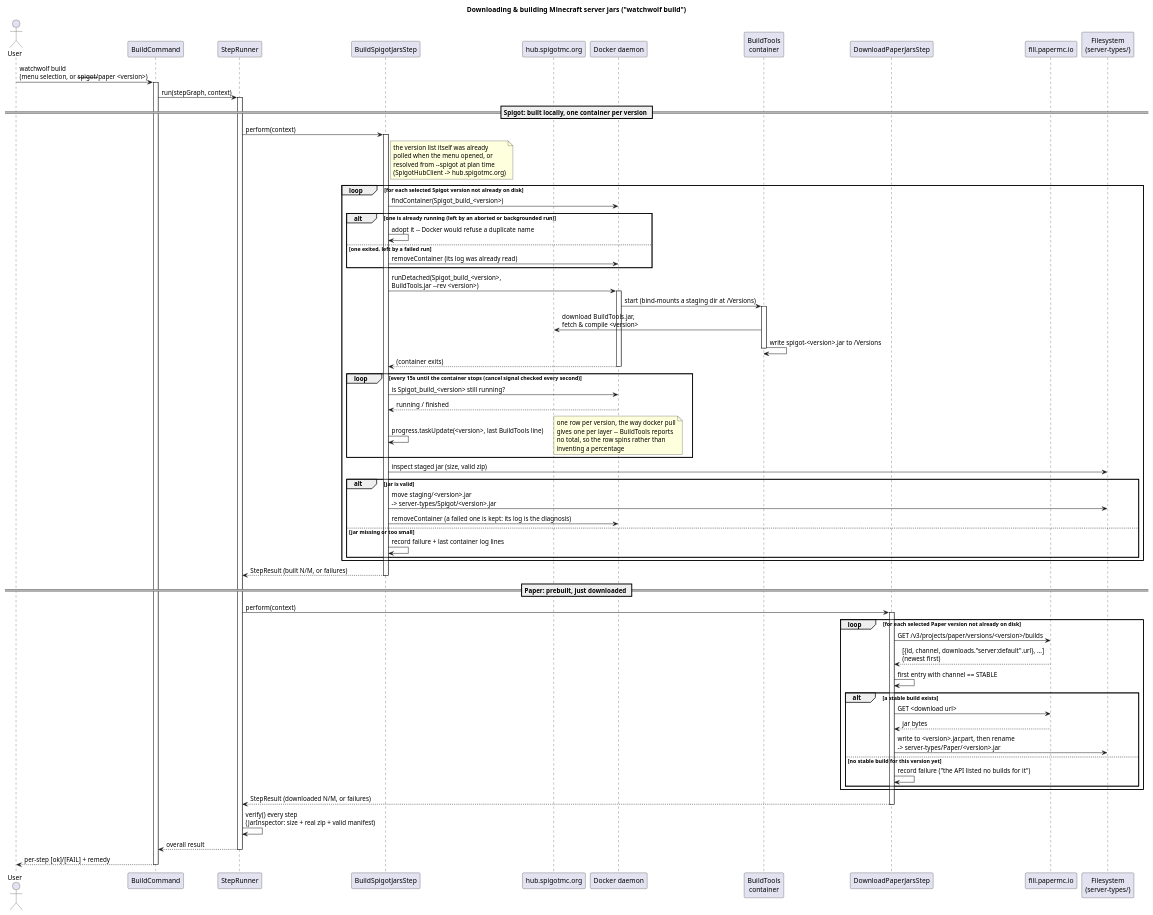
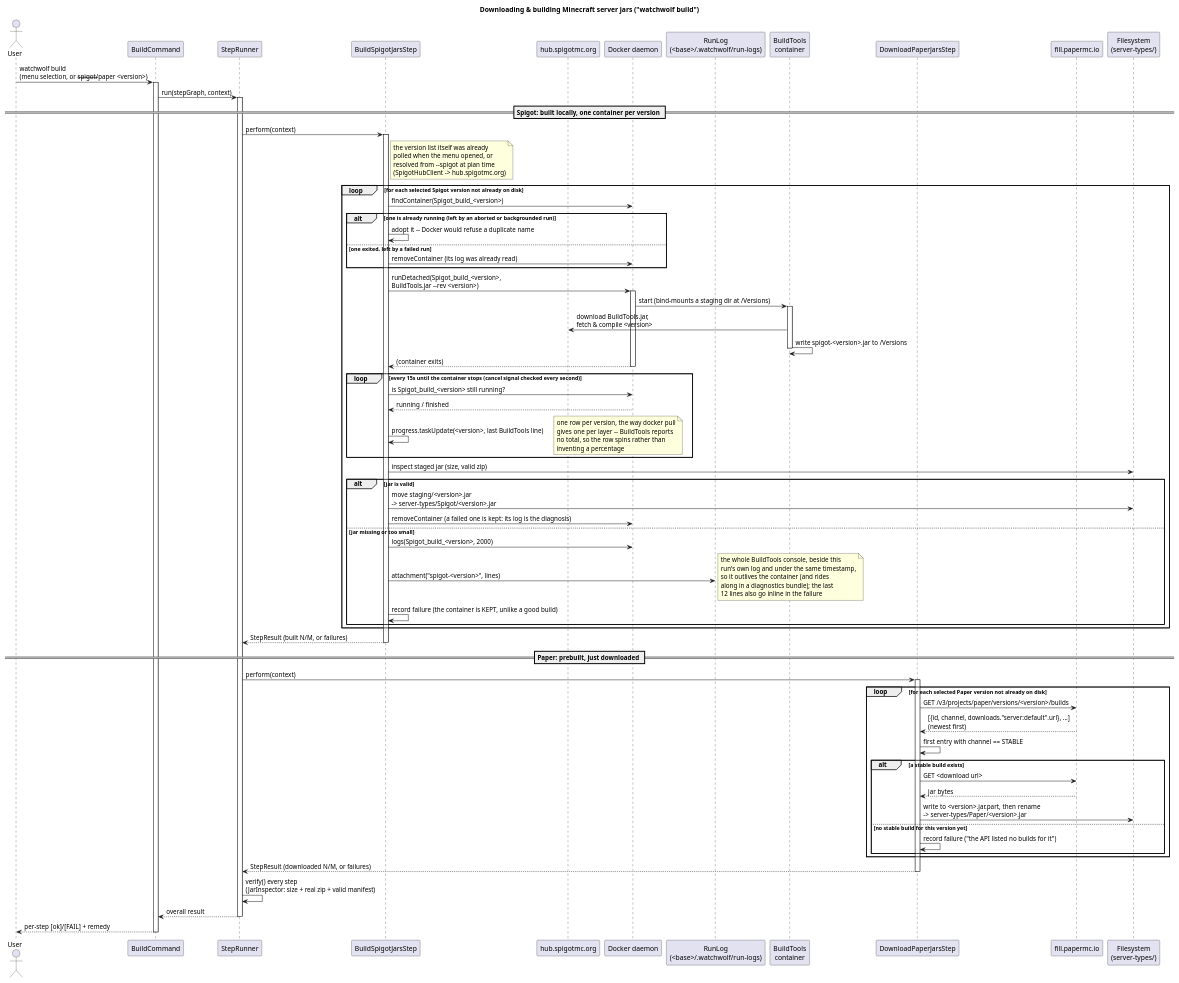
Before and after one commit to watch-wolf/WatchWolf: the diagram in cli/docs/build-server-jars.puml, drawn with PlantUML. The commit also changed 10 other files, not shown here.

```diff
--- a/cli/docs/build-server-jars.puml
+++ b/cli/docs/build-server-jars.puml
@@ -1,96 +1,106 @@
 @startuml build-server-jars
 title Downloading & building Minecraft server jars ("watchwolf build")
 
 actor User
 participant "BuildCommand" as Build
 participant "StepRunner" as Runner
 participant "BuildSpigotJarsStep" as SpigotStep
 participant "hub.spigotmc.org" as SpigotHub
 participant "Docker daemon" as Docker
+participant "RunLog\n(<base>/.watchwolf/run-logs)" as RunLog
 participant "BuildTools\ncontainer" as BuildTools
 participant "DownloadPaperJarsStep" as PaperStep
 participant "fill.papermc.io" as PaperApi
 participant "Filesystem\n(server-types/)" as FS
 
 User -> Build: watchwolf build\n(menu selection, or --spigot/--paper <version>)
 activate Build
 Build -> Runner: run(stepGraph, context)
 activate Runner
 
 == Spigot: built locally, one container per version ==
 
 Runner -> SpigotStep: perform(context)
 activate SpigotStep
 note right of SpigotStep
   the version list itself was already
   polled when the menu opened, or
   resolved from --spigot at plan time
   (SpigotHubClient -> hub.spigotmc.org)
 end note
 
 loop for each selected Spigot version not already on disk
     SpigotStep -> Docker: findContainer(Spigot_build_<version>)
     alt one is already running (left by an aborted or backgrounded run)
         SpigotStep -> SpigotStep: adopt it -- Docker would refuse a duplicate name
     else one exited, left by a failed run
         SpigotStep -> Docker: removeContainer (its log was already read)
     end
     SpigotStep -> Docker: runDetached(Spigot_build_<version>,\nBuildTools.jar --rev <version>)
     activate Docker
     Docker -> BuildTools: start (bind-mounts a staging dir at /Versions)
     activate BuildTools
     BuildTools -> SpigotHub: download BuildTools.jar,\nfetch & compile <version>
     BuildTools -> BuildTools: write spigot-<version>.jar to /Versions
     deactivate BuildTools
     Docker --> SpigotStep: (container exits)
     deactivate Docker
 
     loop every 15s until the container stops (cancel signal checked every second)
         SpigotStep -> Docker: is Spigot_build_<version> still running?
         Docker --> SpigotStep: running / finished
         SpigotStep -> SpigotStep: progress.taskUpdate(<version>, last BuildTools line)
         note right
           one row per version, the way docker pull
           gives one per layer -- BuildTools reports
           no total, so the row spins rather than
           inventing a percentage
         end note
     end
 
     SpigotStep -> FS: inspect staged jar (size, valid zip)
     alt jar is valid
         SpigotStep -> FS: move staging/<version>.jar\n-> server-types/Spigot/<version>.jar
         SpigotStep -> Docker: removeContainer (a failed one is kept: its log is the diagnosis)
     else jar missing or too small
-        SpigotStep -> SpigotStep: record failure + last container log lines
+        SpigotStep -> Docker: logs(Spigot_build_<version>, 2000)
+        SpigotStep -> RunLog: attachment("spigot-<version>", lines)
+        note right
+          the whole BuildTools console, beside this
+          run's own log and under the same timestamp,
+          so it outlives the container (and rides
+          along in a diagnostics bundle); the last
+          12 lines also go inline in the failure
+        end note
+        SpigotStep -> SpigotStep: record failure (the container is KEPT, unlike a good build)
     end
 end
 SpigotStep --> Runner: StepResult (built N/M, or failures)
 deactivate SpigotStep
 
 == Paper: prebuilt, just downloaded ==
 
 Runner -> PaperStep: perform(context)
 activate PaperStep
 loop for each selected Paper version not already on disk
     PaperStep -> PaperApi: GET /v3/projects/paper/versions/<version>/builds
     PaperApi --> PaperStep: [{id, channel, downloads."server:default".url}, ...]\n(newest first)
     PaperStep -> PaperStep: first entry with channel == STABLE
     alt a stable build exists
         PaperStep -> PaperApi: GET <download url>
         PaperApi --> PaperStep: jar bytes
         PaperStep -> FS: write to <version>.jar.part, then rename\n-> server-types/Paper/<version>.jar
     else no stable build for this version yet
         PaperStep -> PaperStep: record failure ("the API listed no builds for it")
     end
 end
 PaperStep --> Runner: StepResult (downloaded N/M, or failures)
 deactivate PaperStep
 
 Runner -> Runner: verify() every step\n(JarInspector: size + real zip + valid manifest)
 Runner --> Build: overall result
 deactivate Runner
 Build --> User: per-step [ok]/[FAIL] + remedy
 deactivate Build
 
 @enduml
```
